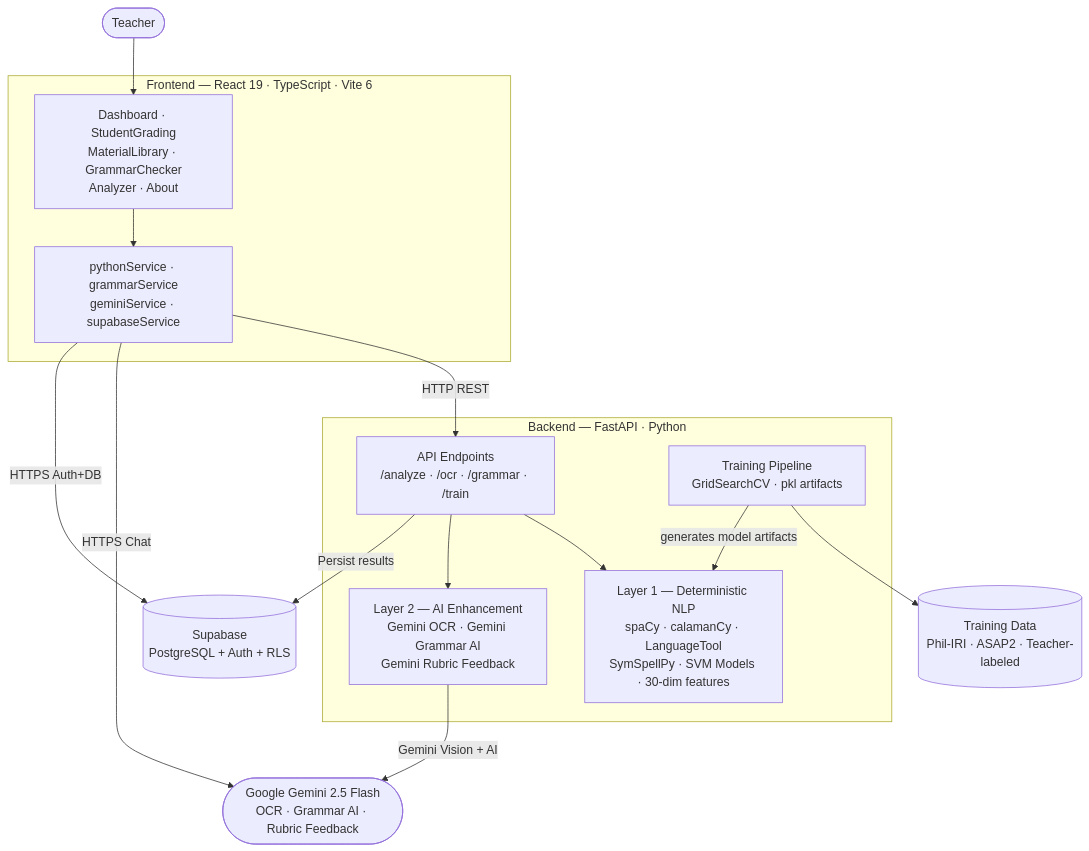
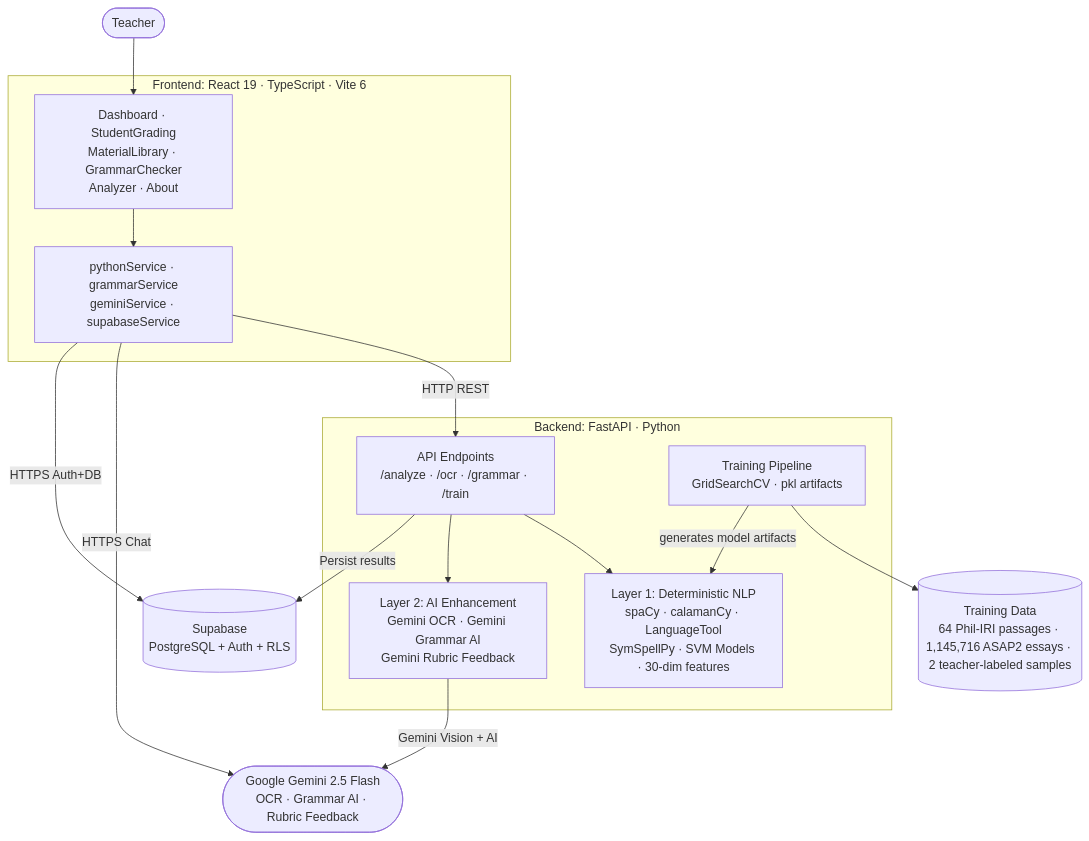
One commit to ianxroy/readtrack changed the first of 5 diagrams in defense-member3-system.md. Above: the diagram before and after it, drawn with Mermaid. The commit also changed other lines of this file and 9 other files, not shown here.

````diff
--- a/defense-member3-system.md
+++ b/defense-member3-system.md
@@ -29,32 +29,32 @@
 ```mermaid
 graph TD
     Teacher(["Teacher"])
 
-    subgraph Frontend["Frontend — React 19 · TypeScript · Vite 6"]
+    subgraph Frontend["Frontend: React 19 · TypeScript · Vite 6"]
         Pages["Dashboard · StudentGrading<br/>MaterialLibrary · GrammarChecker<br/>Analyzer · About"]
         Services["pythonService · grammarService<br/>geminiService · supabaseService"]
     end
 
-    subgraph Backend["Backend — FastAPI · Python"]
+    subgraph Backend["Backend: FastAPI · Python"]
         API["API Endpoints<br/>/analyze · /ocr · /grammar · /train"]
-        Layer1["Layer 1 — Deterministic NLP<br/>spaCy · calamanCy · LanguageTool<br/>SymSpellPy · SVM Models · 30-dim features"]
-        Layer2["Layer 2 — AI Enhancement<br/>Gemini OCR · Gemini Grammar AI<br/>Gemini Rubric Feedback"]
+        Layer1["Layer 1: Deterministic NLP<br/>spaCy · calamanCy · LanguageTool<br/>SymSpellPy · SVM Models · 30-dim features"]
+        Layer2["Layer 2: AI Enhancement<br/>Gemini OCR · Gemini Grammar AI<br/>Gemini Rubric Feedback"]
         Training["Training Pipeline<br/>GridSearchCV · pkl artifacts"]
     end
 
     Gemini(["Google Gemini 2.5 Flash<br/>OCR · Grammar AI · Rubric Feedback"])
     Supabase[("Supabase<br/>PostgreSQL + Auth + RLS")]
-    TrainData[("Training Data<br/>Phil-IRI · ASAP2 · Teacher-labeled")]
+    TrainData[("Training Data<br/>64 Phil-IRI passages · 1,145,716 ASAP2 essays · 2 teacher-labeled samples")]
 
     Teacher --> Pages
     Pages --> Services
     Services -- HTTP REST --> API
     Services -- HTTPS Chat --> Gemini
     Services -- HTTPS Auth+DB --> Supabase
     API --> Layer1
     API --> Layer2
     Layer2 -- Gemini Vision + AI --> Gemini
     API -- Persist results --> Supabase
     Training --> TrainData
     Training -- generates model artifacts --> Layer1
 ```
````
